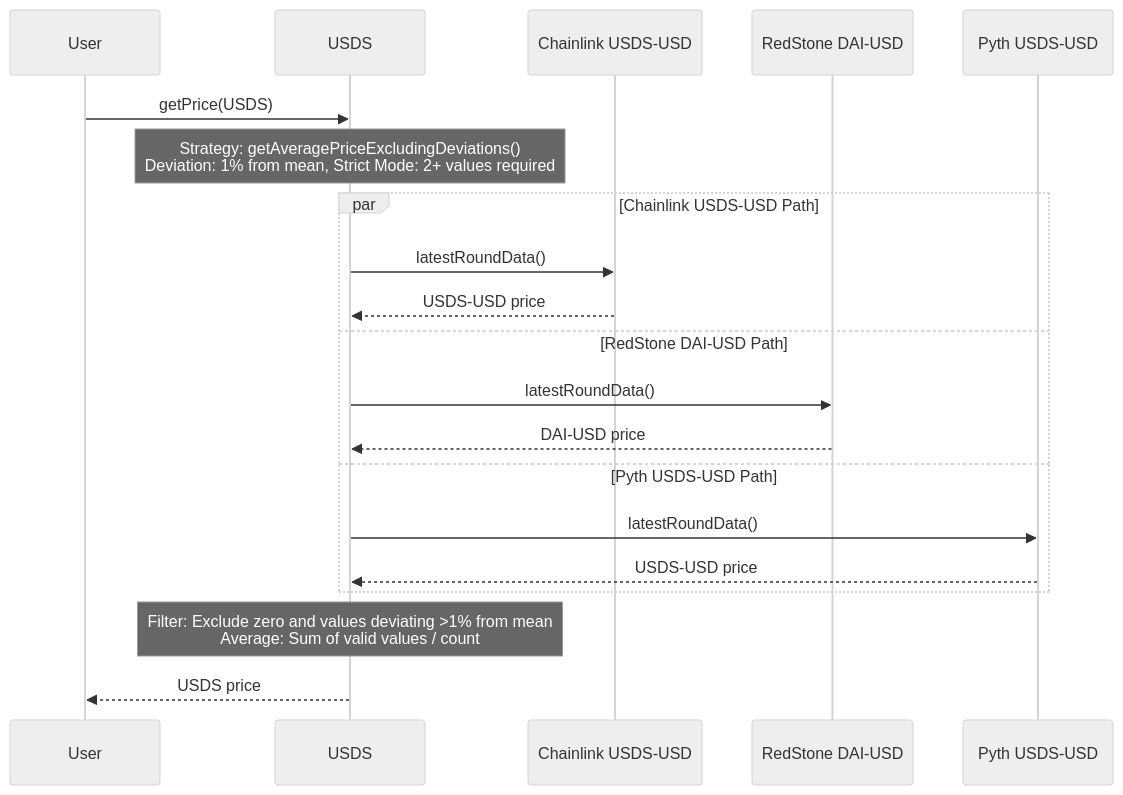
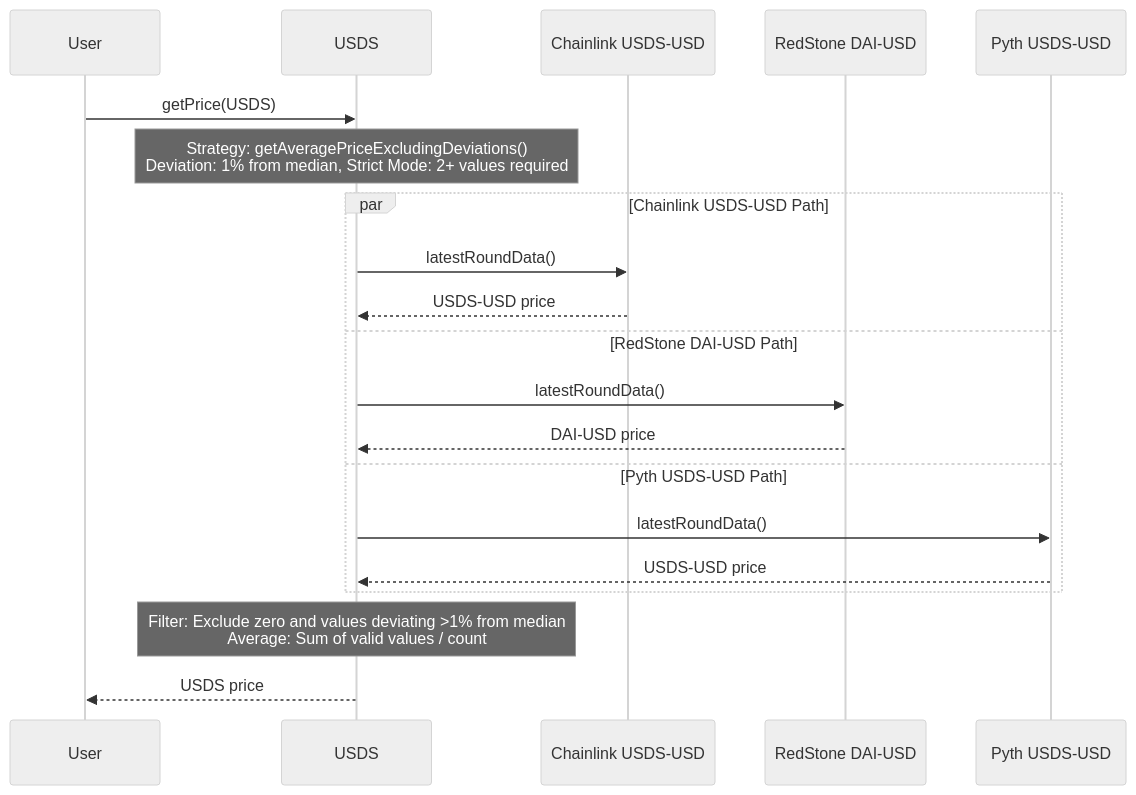
The second of 3 diagrams in documentation/price.md (OlympusDAO/olympus-v3), drawn with Mermaid (neutral theme) before and after one commit. The commit also changed other lines of this file, not shown here.

First line of the commit message:
docs(price): correct deviation benchmark from "mean" to "median"

````diff
--- a/documentation/price.md
+++ b/documentation/price.md
@@ -70,26 +70,26 @@
 ```mermaid
 sequenceDiagram
     participant User
     participant USDS
     participant CL_USDS as Chainlink USDS-USD
     participant RS_DAI as RedStone DAI-USD
     participant Pyth_USDS as Pyth USDS-USD
 
     User->>USDS: getPrice(USDS)
 
-    Note over USDS: Strategy: getAveragePriceExcludingDeviations()<br/>Deviation: 1% from mean, Strict Mode: 2+ values required
+    Note over USDS: Strategy: getAveragePriceExcludingDeviations()<br/>Deviation: 1% from median, Strict Mode: 2+ values required
 
     par Chainlink USDS-USD Path
         USDS->>CL_USDS: latestRoundData()
         CL_USDS-->>USDS: USDS-USD price
     and RedStone DAI-USD Path
         USDS->>RS_DAI: latestRoundData()
         RS_DAI-->>USDS: DAI-USD price
     and Pyth USDS-USD Path
         USDS->>Pyth_USDS: latestRoundData()
         Pyth_USDS-->>USDS: USDS-USD price
     end
 
-    Note over USDS: Filter: Exclude zero and values deviating >1% from mean<br/>Average: Sum of valid values / count
+    Note over USDS: Filter: Exclude zero and values deviating >1% from median<br/>Average: Sum of valid values / count
     USDS-->>User: USDS price
 ```
````
